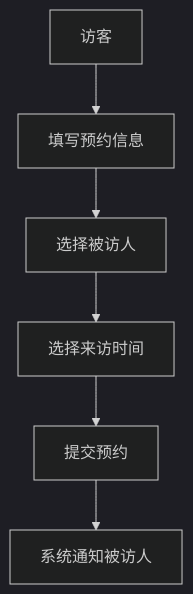
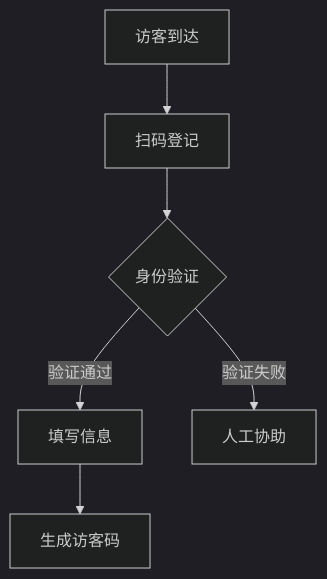
Before and after one commit to yuhaibao39/n8ndeploy: the first of 2 diagrams in devel/requirement.md, drawn with Mermaid (dark theme). The commit also changed other lines of this file, not shown here.

````diff
--- a/devel/requirement.md
+++ b/devel/requirement.md
@@ -20,8 +20,8 @@
 ```mermaid
 graph TD
-    A[访客] --> B[填写预约信息]
-    B --> C[选择被访人]
-    C --> D[选择来访时间]
-    D --> E[提交预约]
-    E --> F[系统通知被访人]
+    A[访客到达] --> B[扫码登记]
+    B --> C{身份验证}
+    C -->|验证通过| D[填写信息]
+    C -->|验证失败| E[人工协助]
+    D --> F[生成访客码]
 ```
````
